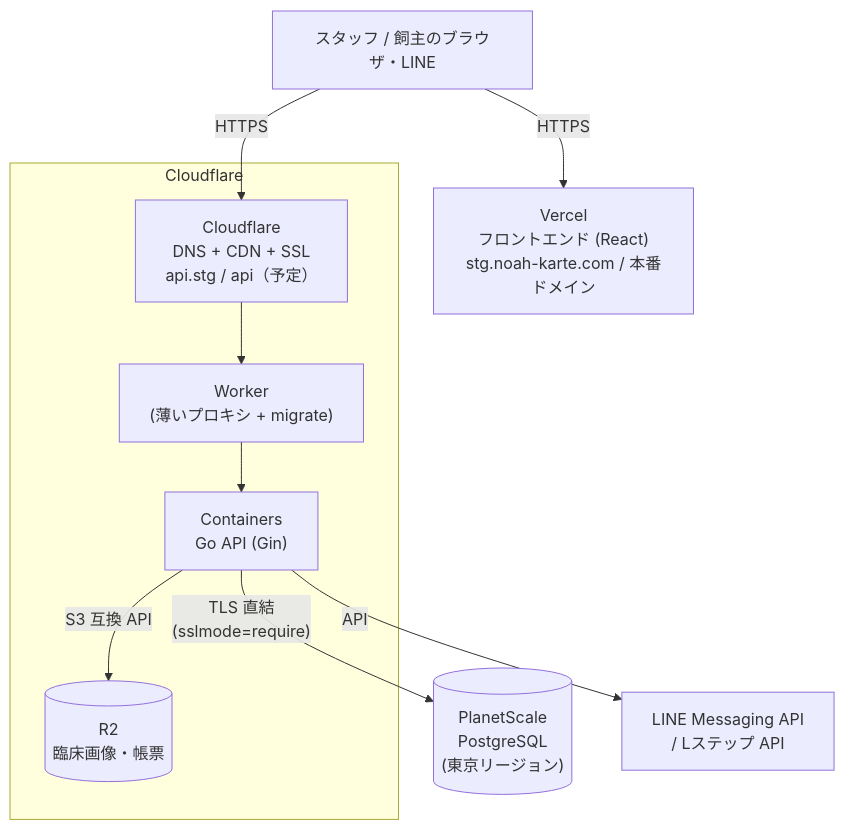
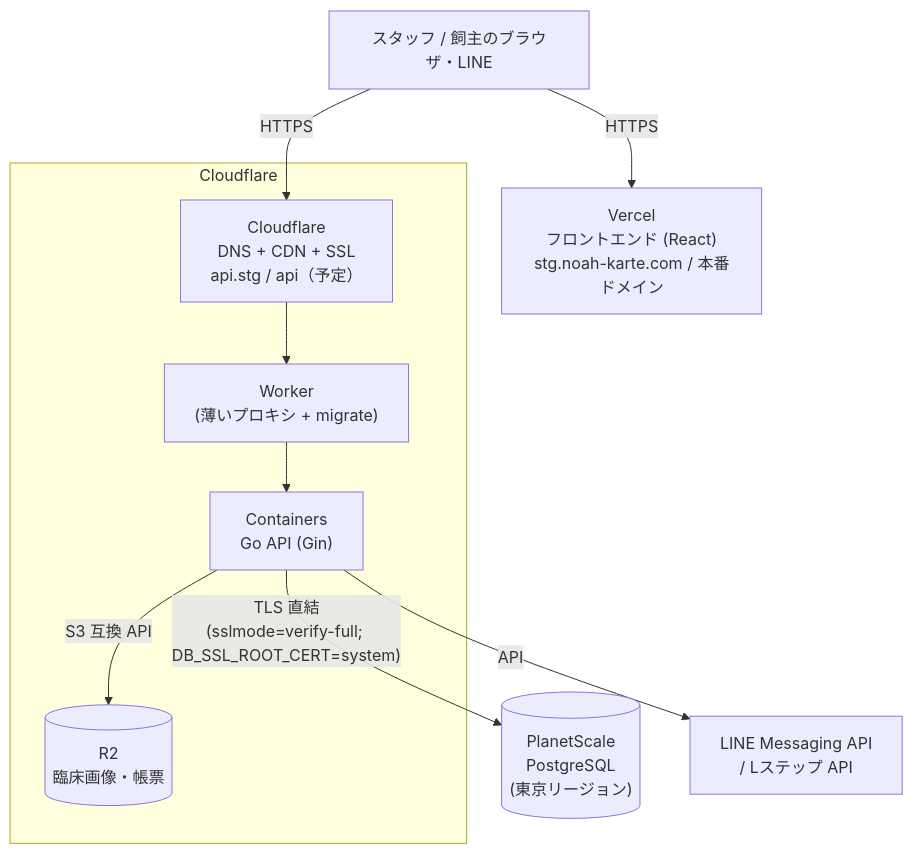
Before and after one commit to MinoruSoga/AnimalEkarte: the diagram in docs/delivery/DELIVERY_PACKAGE.md, drawn with Mermaid. The commit also changed other lines of this file and 36 other files, not shown here.

````diff
--- a/docs/delivery/DELIVERY_PACKAGE.md
+++ b/docs/delivery/DELIVERY_PACKAGE.md
@@ -27,14 +27,14 @@
 ```mermaid
 flowchart TB
   User[スタッフ / 飼主のブラウザ・LINE] -->|HTTPS| Vercel["Vercel<br/>フロントエンド (React)<br/>stg.noah-karte.com / 本番ドメイン"]
   User -->|HTTPS| CFDNS["Cloudflare<br/>DNS + CDN + SSL<br/>api.stg / api（予定）"]
 
   subgraph CF[Cloudflare]
     CFDNS --> Worker["Worker<br/>(薄いプロキシ + migrate)"]
     Worker --> Container["Containers<br/>Go API (Gin)"]
     Container -->|"S3 互換 API"| R2[("R2<br/>臨床画像・帳票")]
   end
 
-  Container -->|"TLS 直結<br/>(sslmode=require)"| PS[("PlanetScale<br/>PostgreSQL<br/>(東京リージョン)")]
+  Container -->|"TLS 直結<br/>(sslmode=verify-full; DB_SSL_ROOT_CERT=system)"| PS[("PlanetScale<br/>PostgreSQL<br/>(東京リージョン)")]
   Container -->|API| LINE["LINE Messaging API<br/>/ Lステップ API"]
 ```
````
